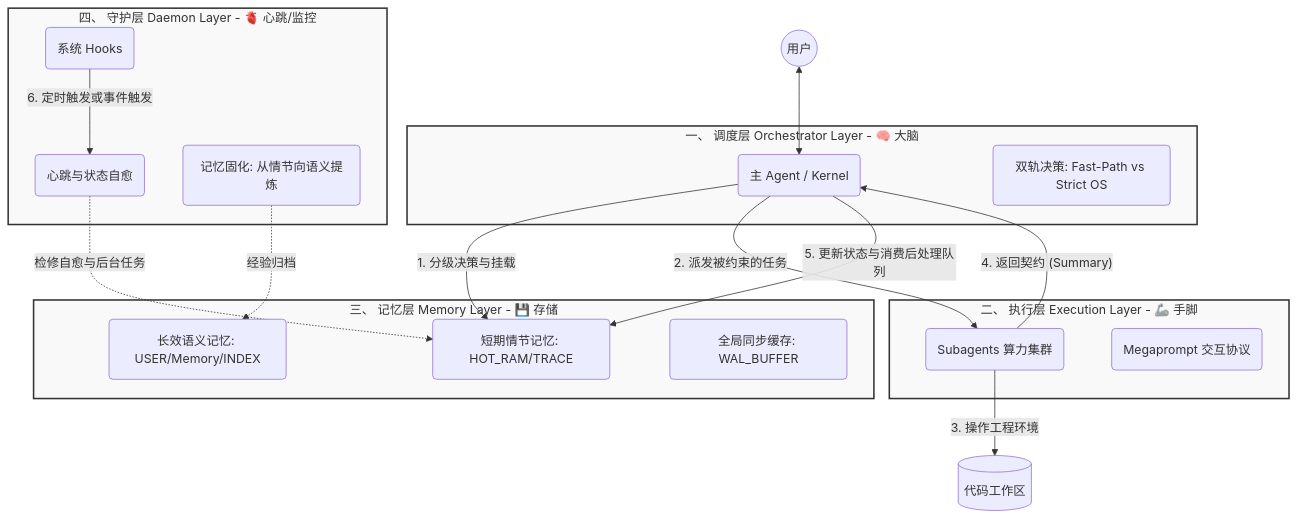
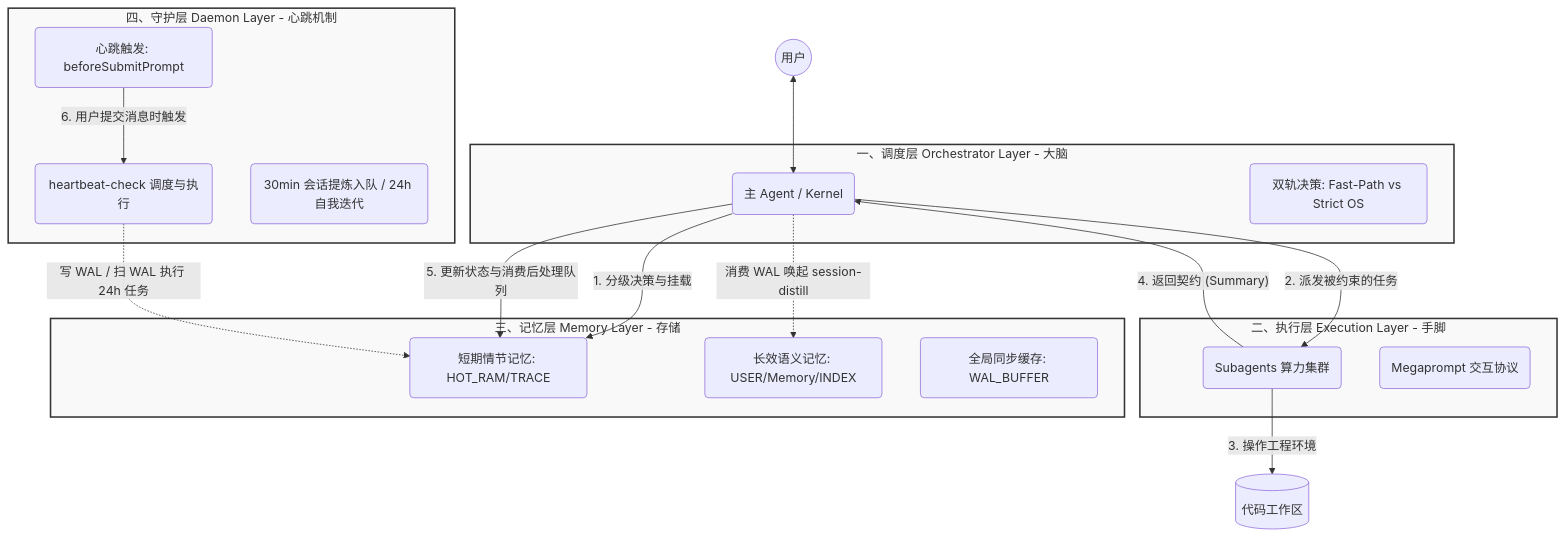
One commit to tower1229/LingXi changed the diagram in .cursor/skills/about-lingxi/references/architecture.md. Above: the diagram before and after it, drawn with Mermaid. The commit also changed other lines of this file and 16 other files, not shown here.

Commit message:
refactor: Replace post-command hook with beforeSubmitPrompt to trigger heartbeat checks, enhancing session management and aligning with the new architecture. Update related documentation and scripts for clarity on execution paths and payload handling.

````diff
--- a/.cursor/skills/about-lingxi/references/architecture.md
+++ b/.cursor/skills/about-lingxi/references/architecture.md
@@ -11,40 +13,40 @@
 ```mermaid
 graph TD
     classDef layer fill:#f9f9f9,stroke:#333,stroke-width:2px;
 
     User((用户))
 
-    subgraph 调度层 [一、 调度层 Orchestrator Layer - 🧠 大脑]
+    subgraph 调度层 [一、调度层 Orchestrator Layer - 大脑]
         MainAgent(主 Agent / Kernel)
         Tiers(双轨决策: Fast-Path vs Strict OS)
     end
 
-    subgraph 执行层 [二、 执行层 Execution Layer - 🦾 手脚]
+    subgraph 执行层 [二、执行层 Execution Layer - 手脚]
         Subagents(Subagents 算力集群)
         Protocol(Megaprompt 交互协议)
     end
 
-    subgraph 记忆层 [三、 记忆层 Memory Layer - 💾 存储]
+    subgraph 记忆层 [三、记忆层 Memory Layer - 存储]
         StateFile(短期情节记忆: HOT_RAM/TRACE)
         Knowledge(长效语义记忆: USER/Memory/INDEX)
         GlobalSync(全局同步缓存: WAL_BUFFER)
     end
 
-    subgraph 守护层 [四、 守护层 Daemon Layer - 🫀 心跳/监控]
-        Hooks(系统 Hooks)
-        Watchdog(心跳与状态自愈)
-        Distill(记忆固化: 从情节向语义提炼)
+    subgraph 守护层 [四、守护层 Daemon Layer - 心跳机制]
+        Hooks(心跳触发: beforeSubmitPrompt)
+        Watchdog(heartbeat-check 调度与执行)
+        Apps(30min 会话提炼入队 / 24h 自我迭代)
     end
 
     User <--> MainAgent
     MainAgent -- 1. 分级决策与挂载 --> StateFile
     MainAgent -- 2. 派发被约束的任务 --> Subagents
     Subagents -- 3. 操作工程环境 --> Workspace[(代码工作区)]
     Subagents -- 4. 返回契约 (Summary) --> MainAgent
     MainAgent -- 5. 更新状态与消费后处理队列 --> StateFile
-    Hooks -- 6. 定时触发或事件触发 --> Watchdog
-    Watchdog -. 检修自愈与后台任务 .-> StateFile
-    Distill -. 经验归档 .-> Knowledge
-    
+    Hooks -- 6. 用户提交消息时触发 --> Watchdog
+    Watchdog -. 写 WAL / 扫 WAL 执行 24h 任务 .-> StateFile
+    MainAgent -. 消费 WAL 唤起 session-distill .-> Knowledge
+
     class 调度层,执行层,记忆层,守护层 layer;
 ```
````
